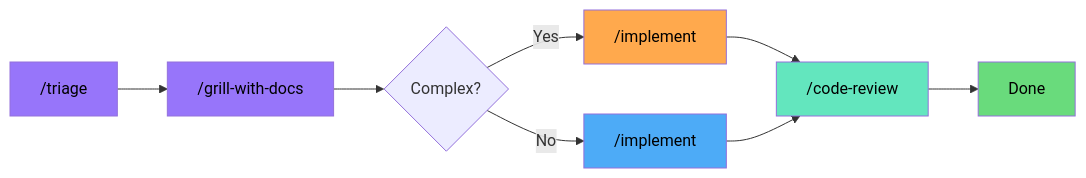
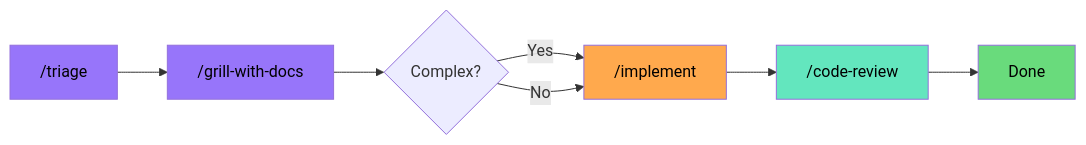
Before and after one commit to elisharkray1030/ai-coding-workflow: the second of 12 diagrams in README.md, drawn with Mermaid. The commit also changed other lines of this file, not shown here.

Commit message:
fix: collapse Adding a Feature mermaid to single /implement node
Both Yes and No paths now converge to one /implement node instead of
IC/IS split nodes, flowing linearly to /code-review.
New Project diagrams keep IC/IS split (simple vs complex is meaningful there).

````diff
--- a/README.md
+++ b/README.md
@@ -67,22 +67,20 @@
 ```mermaid
 graph LR
     TR[ /triage] --> IN[ /grill-with-docs]
     IN --> D{Complex?}
-    D -->|Yes| IC[ /implement]
-    D -->|No| IS[ /implement]
-    IC --> CR[ /code-review]
-    IS --> CR
+    D -->|Yes| IM[ /implement]
+    D -->|No| IM
+    IM --> CR[ /code-review]
     CR --> DN[Done]
 
     classDef purple fill:#9775fa,color:#000
     classDef green fill:#69db7c,color:#000
     classDef blue fill:#4dabf7,color:#000
     classDef orange fill:#ffa94d,color:#000
     classDef teal fill:#63e6be,color:#000
 
     class TR,IN purple
-    class IS blue
-    class IC orange
+    class IM orange
     class CR teal
     class DN green
 ```
````
